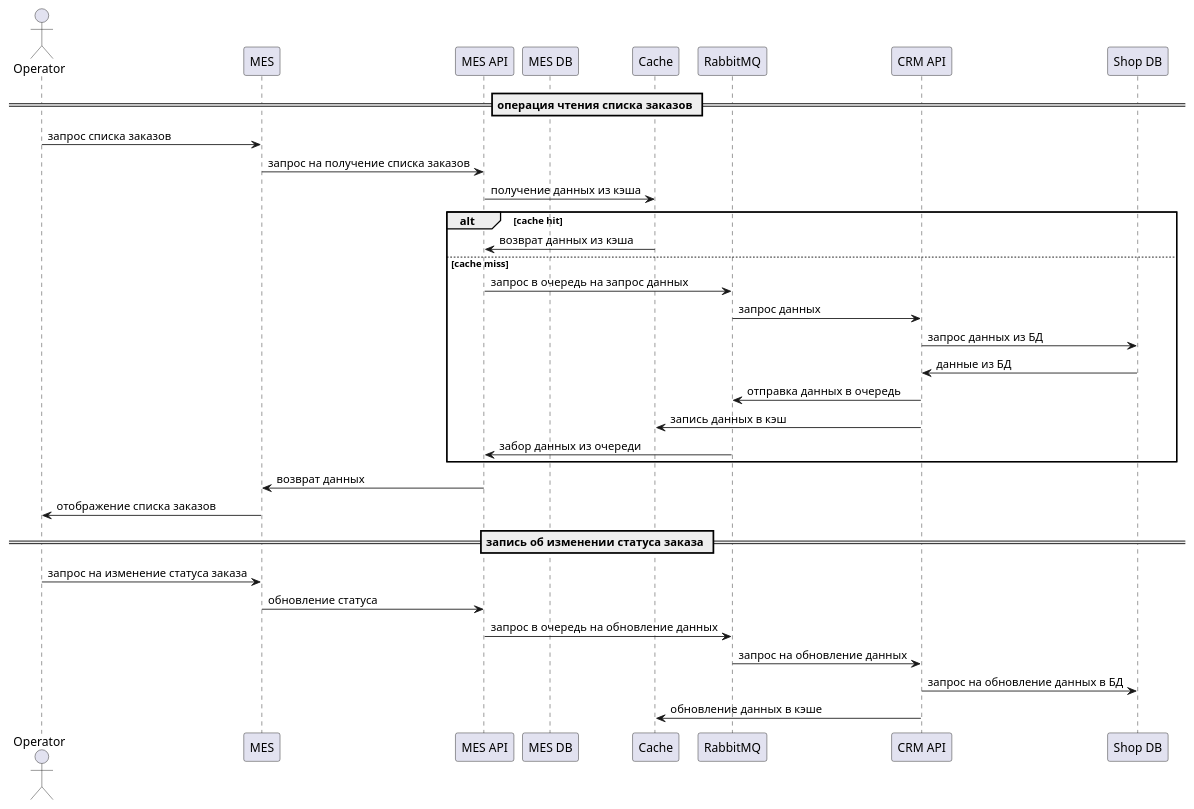
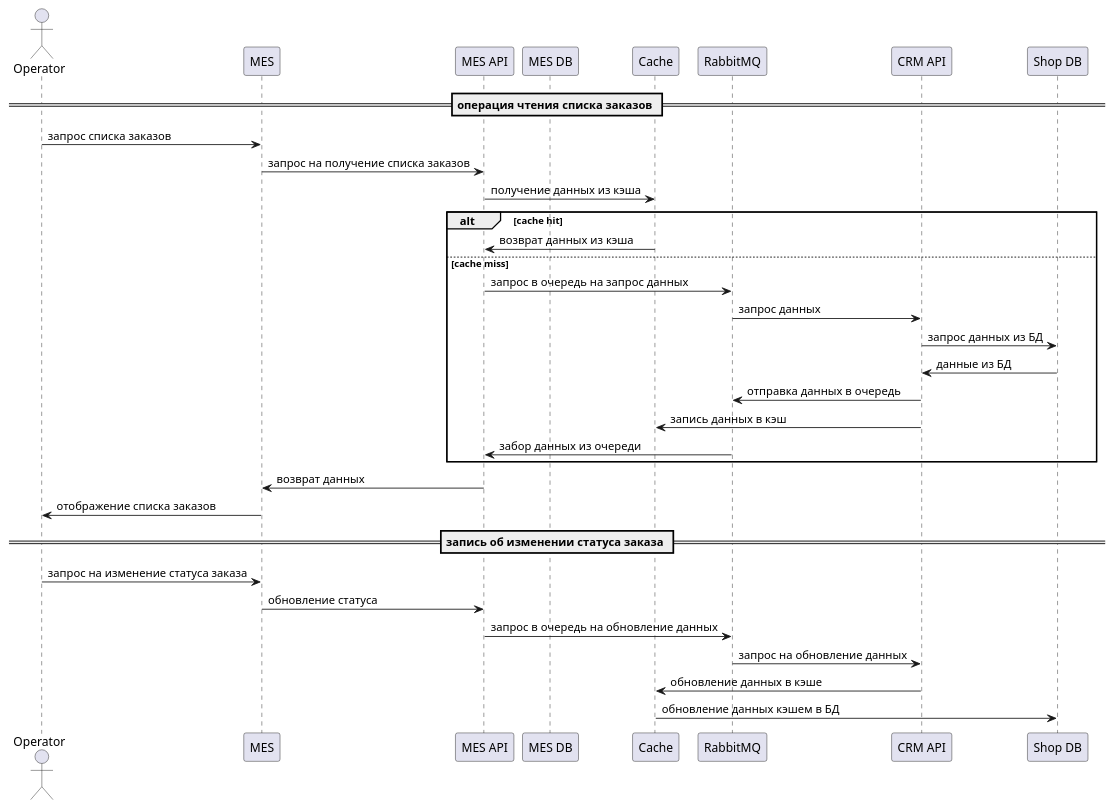
One commit to MarieSpring/architecture-sprint-4 changed the diagram in Exc5/diagram.puml. Above: the diagram before and after it, drawn with PlantUML. The commit also changed 6 other files, not shown here.

```diff
--- a/Exc5/diagram.puml
+++ b/Exc5/diagram.puml
@@ -1,44 +1,45 @@
 @startuml
 
 actor "Operator" as operator
 
 participant "MES" as mes
 participant "MES API" as mesapi
 participant "MES DB" as mesdb
 
 participant "Cache" as cache
 participant "RabbitMQ" as rabbitMQ
 
 participant "CRM API" as crmapi
 participant "Shop DB" as shodb
 
 == операция чтения списка заказов ==
 
 operator -> mes : запрос списка заказов 
 mes -> mesapi : запрос на получение списка заказов 
 mesapi -> cache : получение данных из кэша
 
 alt cache hit
     cache -> mesapi : возврат данных из кэша
 else cache miss    
     mesapi -> rabbitMQ : запрос в очередь на запрос данных
     rabbitMQ -> crmapi : запрос данных
     crmapi -> shodb : запрос данных из БД
     shodb -> crmapi : данные из БД
     crmapi -> rabbitMQ : отправка данных в очередь
     crmapi -> cache : запись данных в кэш
     rabbitMQ -> mesapi : забор данных из очереди      
 end
 mesapi -> mes : возврат данных  
 mes -> operator : отображение списка заказов
 
 == запись об изменении статуса заказа ==
 
 operator -> mes : запрос на изменение статуса заказа
 mes -> mesapi : обновление статуса
 mesapi -> rabbitMQ : запрос в очередь на обновление данных
 rabbitMQ -> crmapi : запрос на обновление данных
-crmapi -> shodb : запрос на обновление данных в БД
 crmapi -> cache : обновление данных в кэше
+cache -> shodb : обновление данных кэшем в БД
+
 
 @enduml
```
